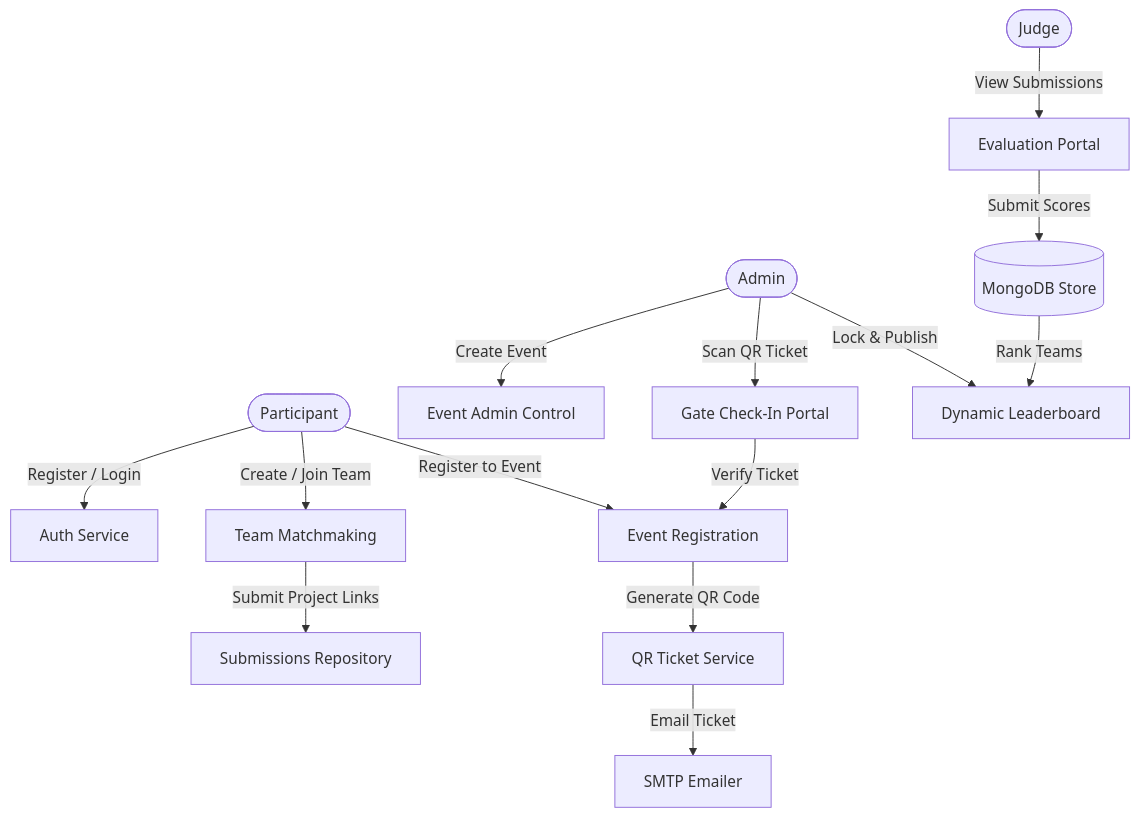
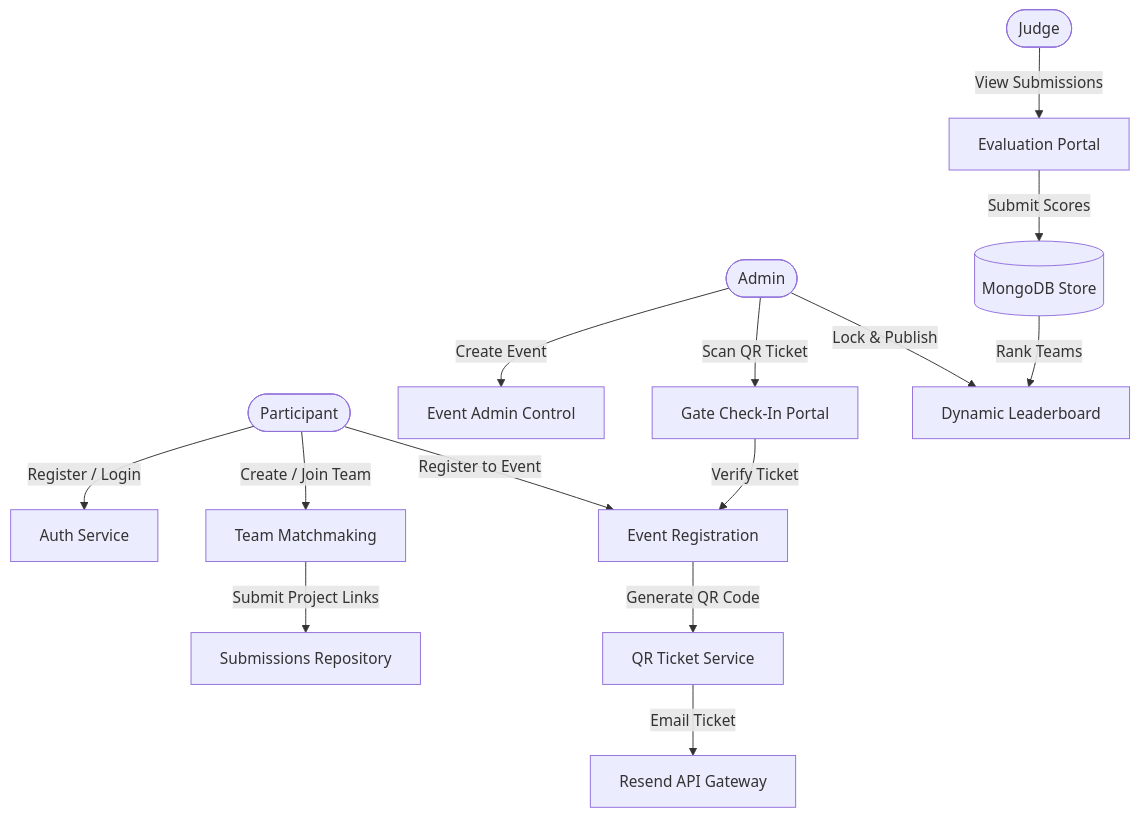
The diagram in README.md (kunalSingh026/HackFlow), drawn with Mermaid before and after one commit. The commit also changed other lines of this file, not shown here.

````diff
--- a/README.md
+++ b/README.md
@@ -31,20 +67,20 @@
 ```mermaid
 graph TD
     User([Participant]) -->|Register / Login| Auth[Auth Service]
     User -->|Create / Join Team| Team[Team Matchmaking]
     User -->|Register to Event| Register[Event Registration]
     Register -->|Generate QR Code| QR[QR Ticket Service]
-    QR -->|Email Ticket| Nodemailer[SMTP Emailer]
+    QR -->|Email Ticket| Resend[Resend API Gateway]
     
     Admin([Admin]) -->|Create Event| EventAdmin[Event Admin Control]
     Admin -->|Scan QR Ticket| CheckIn[Gate Check-In Portal]
     CheckIn -->|Verify Ticket| Register
     
     Team -->|Submit Project Links| Submissions[Submissions Repository]
     
     Judge([Judge]) -->|View Submissions| Judging[Evaluation Portal]
     Judging -->|Submit Scores| Scores[(MongoDB Store)]
     
     Admin -->|Lock & Publish| Leaderboard[Dynamic Leaderboard]
     Scores -->|Rank Teams| Leaderboard
 ```
````
